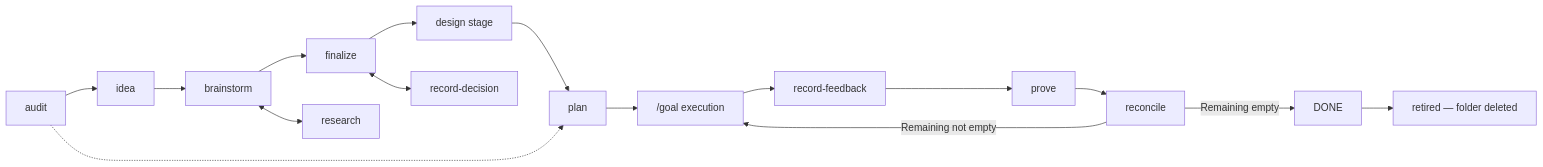
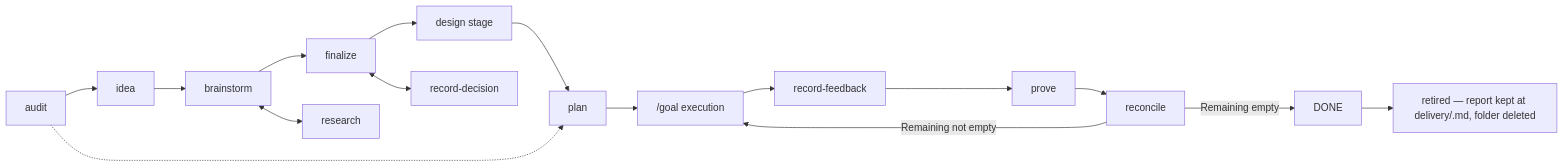
The diagram in docs/content/docs/delivery/index.mdx (tailrocks/tailrocks-skills), drawn with Mermaid before and after one commit. The commit also changed other lines of this file and 15 other files, not shown here.

First line of the commit message:
docs(delivery): report and decisions doctrine across the guide surfaces

````diff
--- a/docs/content/docs/delivery/index.mdx
+++ b/docs/content/docs/delivery/index.mdx
@@ -20,10 +20,10 @@
 ```mermaid
 flowchart LR
   audit --> idea --> brainstorm --> finalize --> design["design stage"] --> plan --> exec["/goal execution"]
   exec --> feedback["record-feedback"] --> prove --> reconcile
   reconcile -->|Remaining not empty| exec
-  reconcile -->|Remaining empty| done["DONE"] --> retire["retired — folder deleted"]
+  reconcile -->|Remaining empty| done["DONE"] --> retire["retired — report kept at delivery/<slug>.md, folder deleted"]
   audit -.-> plan
   brainstorm <--> research
   finalize <--> decision["record-decision"]
 ```
````
